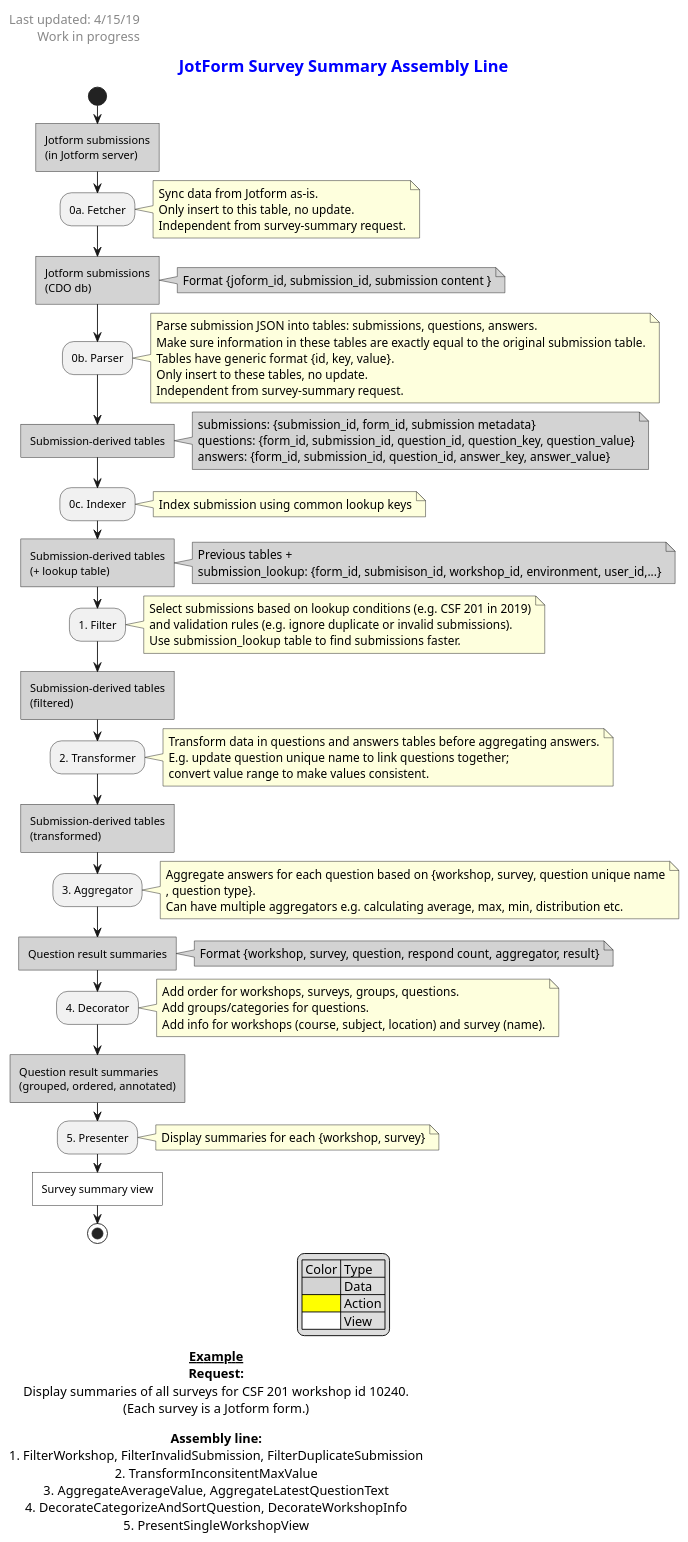
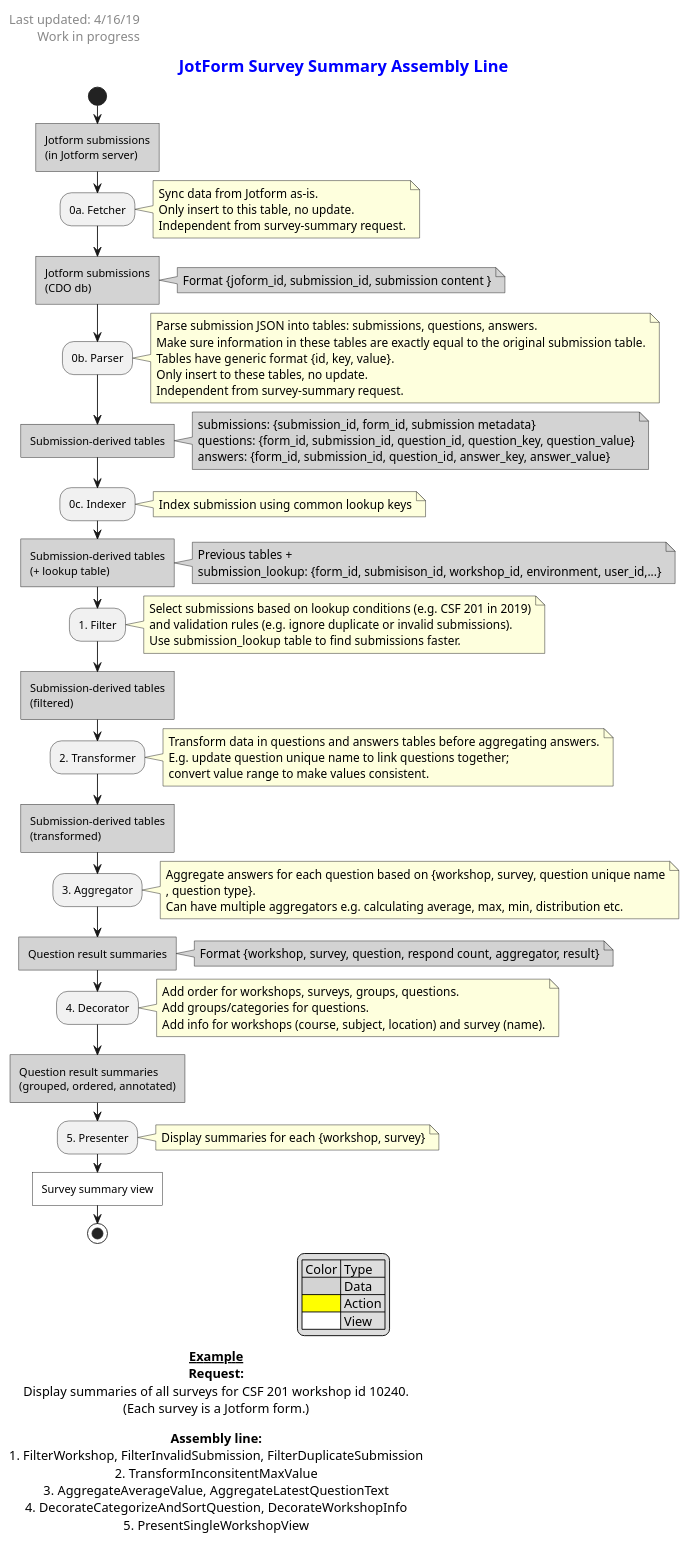
The diagram in dashboard/design/survey_summary_diagram.puml (code-dot-org/code-dot-org), drawn with PlantUML before and after one commit. The commit also changed 1 other file, not shown here.

Commit message:
add diagram png file

```diff
--- a/dashboard/design/survey_summary_diagram.puml
+++ b/dashboard/design/survey_summary_diagram.puml
@@ -1,114 +1,114 @@
 @startuml
 left header
-  <size:14>Last updated: 4/15/19
+  <size:14>Last updated: 4/16/19
   <size:14>Work in progress
 end header
 title
   <color:#blue><size:18>**JotForm Survey Summary Assembly Line**
 end title
 start
 
 #lightgrey:Jotform submissions
 (in Jotform server)]
 :0a. Fetcher;
 note right
   Sync data from Jotform as-is.
   Only insert to this table, no update.
   Independent from survey-summary request.
 end note
 #lightgrey:Jotform submissions
 (CDO db)]
 note right #lightgrey: Format {joform_id, submission_id, submission content }
 
 :0b. Parser;
 note right
   Parse submission JSON into tables: submissions, questions, answers.
   Make sure information in these tables are exactly equal to the original submission table.
   Tables have generic format {id, key, value}.
   Only insert to these tables, no update.
   Independent from survey-summary request.
 end note
 #lightgrey:Submission-derived tables]
 note right #lightgrey
   submissions: {submission_id, form_id, submission metadata}
   'Parsing 1st level hash
   questions: {form_id, submission_id, question_id, question_key, question_value}
   'Parsing 2nd level hash
   answers: {form_id, submission_id, question_id, answer_key, answer_value}
 end note
 
 :0c. Indexer;
 note right: Index submission using common lookup keys
 #lightgrey:Submission-derived tables
 (+ lookup table)]
 note right #lightgrey
   Previous tables +
   submission_lookup: {form_id, submisison_id, workshop_id, environment, user_id,...}
 end note
 
 :1. Filter;
 note right
   Select submissions based on lookup conditions (e.g. CSF 201 in 2019)
   and validation rules (e.g. ignore duplicate or invalid submissions).
   Use submission_lookup table to find submissions faster.
 end note
 #lightgrey:Submission-derived tables
 (filtered)]
 
 :2. Transformer;
 note right
   Transform data in questions and answers tables before aggregating answers.
   E.g. update question unique name to link questions together;
   convert value range to make values consistent.
 end note
 #lightgrey:Submission-derived tables
 (transformed)]
 'note right #lightgrey: Format {workshop, survey, question, answer}
 
 :3. Aggregator;
 note right
   Aggregate answers for each question based on {workshop, survey, question unique name
   , question type}.
   Can have multiple aggregators e.g. calculating average, max, min, distribution etc.
 end note
 #lightgrey:Question result summaries]
 note right #lightgrey: Format {workshop, survey, question, respond count, aggregator, result}
 
 :4. Decorator;
 note right
   Add order for workshops, surveys, groups, questions.
   Add groups/categories for questions.
   Add info for workshops (course, subject, location) and survey (name).
 end note
 #lightgrey:Question result summaries
 (grouped, ordered, annotated)]
 
 :5. Presenter;
 note right
   Display summaries for each {workshop, survey}
 end note
 #white:Survey summary view]
 
 stop
 
 left footer
   <color:#black><size:14>__**Example**__
   <color:#black><size:14>**Request:**
   <color:#black><size:14>Display summaries of all surveys for CSF 201 workshop id 10240.
   <color:#black><size:14>(Each survey is a Jotform form.)
 
   <color:#black><size:14>**Assembly line:**
   <color:#black><size:14>1. FilterWorkshop, FilterInvalidSubmission, FilterDuplicateSubmission
   <color:#black><size:14>2. TransformInconsitentMaxValue
   <color:#black><size:14>3. AggregateAverageValue, AggregateLatestQuestionText
   <color:#black><size:14>4. DecorateCategorizeAndSortQuestion, DecorateWorkshopInfo
   <color:#black><size:14>5. PresentSingleWorkshopView
 end footer
 
 legend center
   | Color | Type |
   |<#lightgrey>| Data |
   |<#Yellow>| Action |
   |<#white>| View |
 end legend
 @enduml
```
